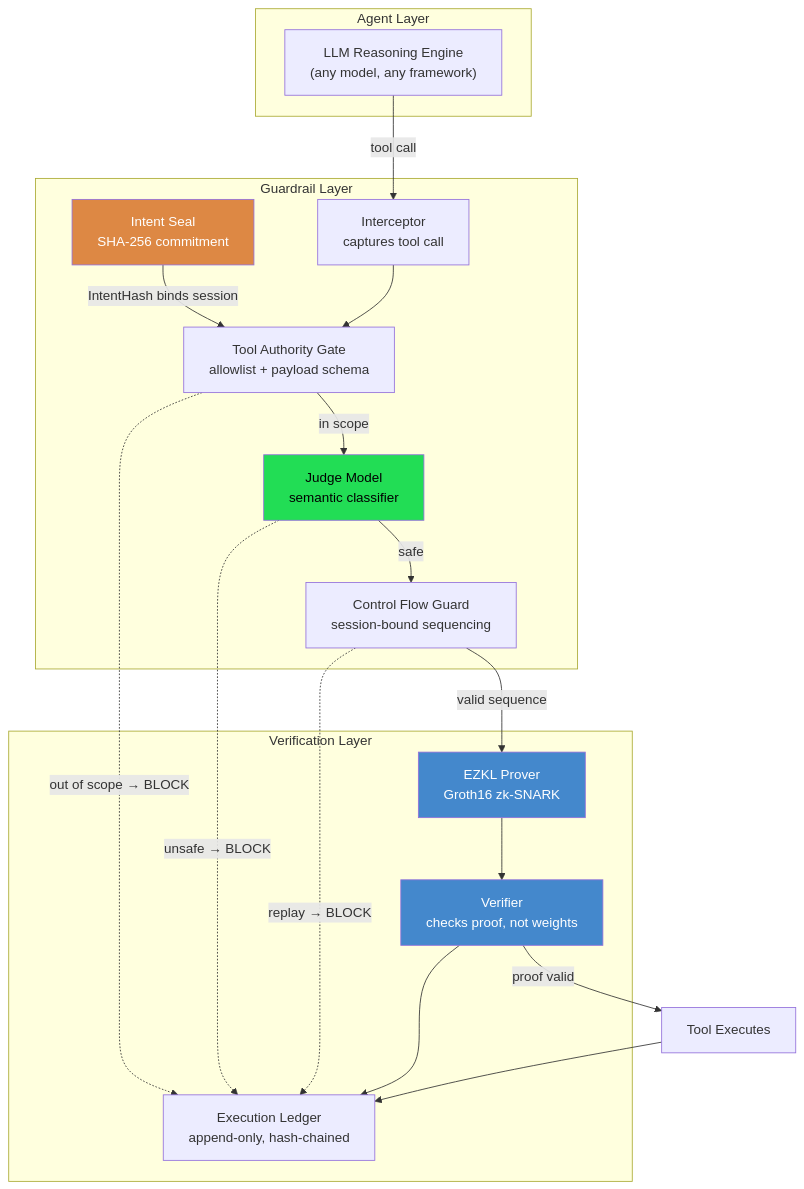
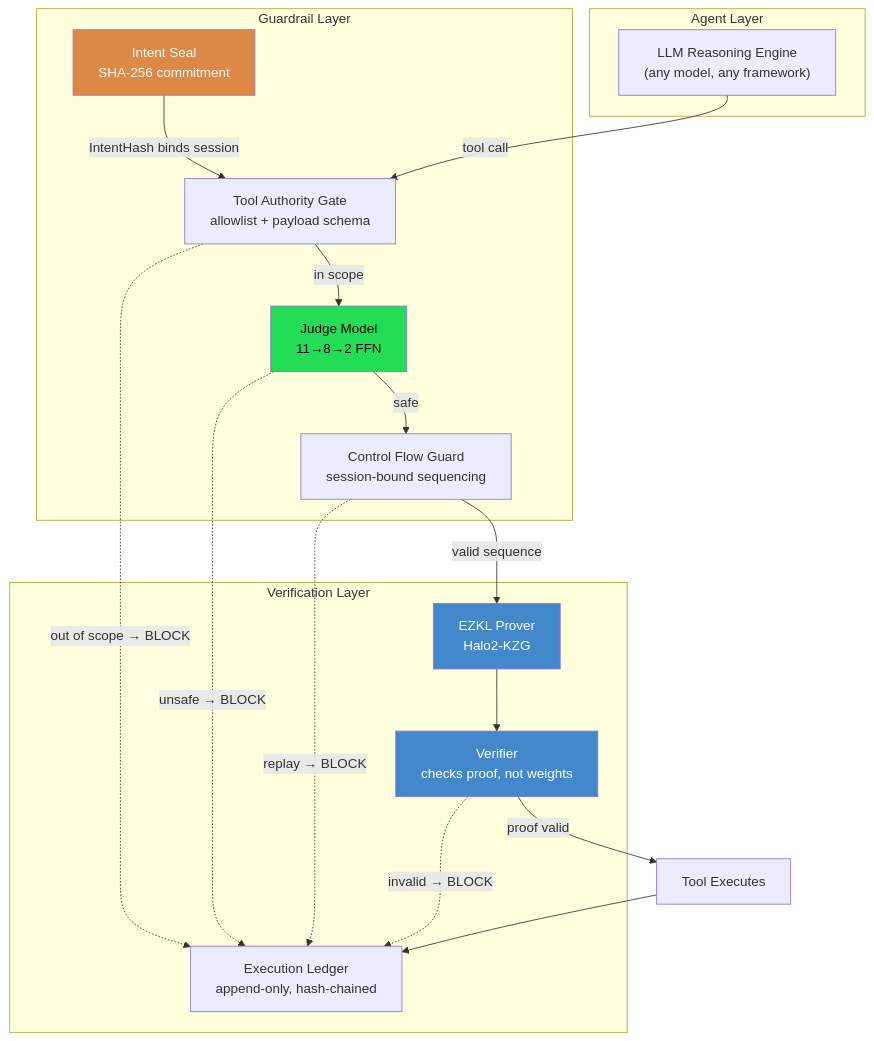
The first of 2 diagrams in README.md (Addyk-24/Niyam-AI), drawn with Mermaid before and after one commit. The commit also changed other lines of this file, not shown here.

````diff
--- a/README.md
+++ b/README.md
@@ -27,40 +19,37 @@
 ```mermaid
 flowchart TB
     subgraph Agent["Agent Layer"]
         LLM["LLM Reasoning Engine<br/>(any model, any framework)"]
     end
 
     subgraph Guardrail["Guardrail Layer"]
         Seal["Intent Seal<br/>SHA-256 commitment"]
-        Intercept["Interceptor<br/>captures tool call"]
         Gate["Tool Authority Gate<br/>allowlist + payload schema"]
-        Judge["Judge Model<br/>semantic classifier"]
+        Judge["Judge Model<br/>11→8→2 FFN"]
         Flow["Control Flow Guard<br/>session-bound sequencing"]
     end
 
     subgraph Verification["Verification Layer"]
-        Prove["EZKL Prover<br/>Groth16 zk-SNARK"]
+        Prove["EZKL Prover<br/>Halo2-KZG"]
         Verify["Verifier<br/>checks proof, not weights"]
         Ledger["Execution Ledger<br/>append-only, hash-chained"]
     end
 
     Seal -->|"IntentHash binds session"| Gate
-
-    LLM -->|"tool call"| Intercept
-    Intercept --> Gate
+    LLM -->|"tool call"| Gate
     Gate -->|"in scope"| Judge
     Gate -.->|"out of scope → BLOCK"| Ledger
     Judge -->|"safe"| Flow
     Judge -.->|"unsafe → BLOCK"| Ledger
     Flow -->|"valid sequence"| Prove
     Flow -.->|"replay → BLOCK"| Ledger
     Prove --> Verify
     Verify -->|"proof valid"| Execute["Tool Executes"]
-    Verify --> Ledger
+    Verify -.->|"invalid → BLOCK"| Ledger
     Execute --> Ledger
 
     style Judge fill:#2d5,color:#000
     style Prove fill:#48c,color:#fff
     style Verify fill:#48c,color:#fff
     style Seal fill:#d84,color:#fff
 ```
````
